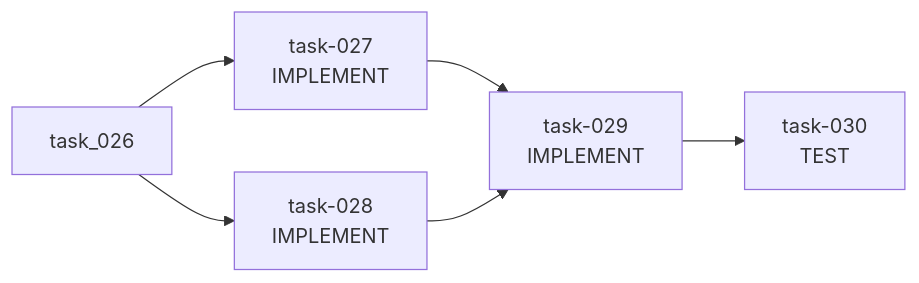
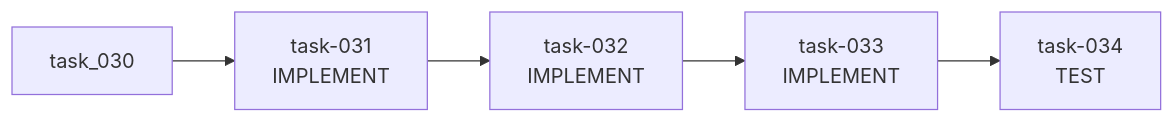
The fifth of 5 diagrams in .aid/works/work-001-agent-chat/PLAN.md (AndreVianna/aid-methodology), drawn with Mermaid before and after one commit. The commit also changed other lines of this file and 49 other files, not shown here.

````diff
--- a/.aid/works/work-001-agent-chat/PLAN.md
+++ b/.aid/works/work-001-agent-chat/PLAN.md
@@ -390,12 +402,11 @@
 ```mermaid
 graph LR
-  task_027["task-027<br/>IMPLEMENT"]
-  task_028["task-028<br/>IMPLEMENT"]
-  task_029["task-029<br/>IMPLEMENT"]
-  task_030["task-030<br/>TEST"]
-  task_026 --> task_027
-  task_026 --> task_028
-  task_027 --> task_029
-  task_028 --> task_029
-  task_029 --> task_030
+  task_031["task-031<br/>IMPLEMENT"]
+  task_032["task-032<br/>IMPLEMENT"]
+  task_033["task-033<br/>IMPLEMENT"]
+  task_034["task-034<br/>TEST"]
+  task_030 --> task_031
+  task_031 --> task_032
+  task_032 --> task_033
+  task_033 --> task_034
 ```
````
